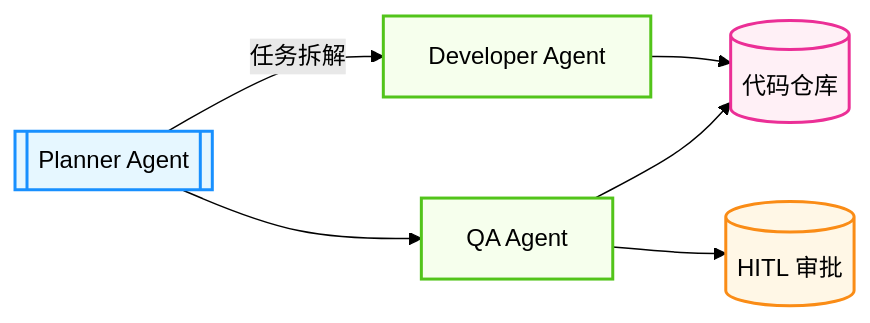
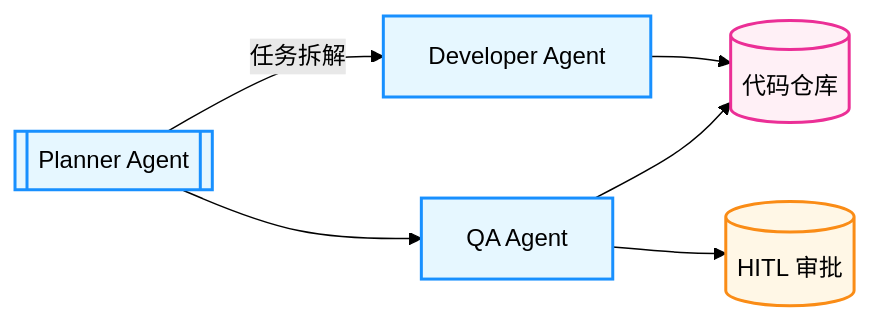
Before and after one commit to yeasy/agentic_ai_guide: the diagram in 12_appendix/12.4_case_templates.md, drawn with Mermaid (forest theme). The commit also changed other lines of this file and 3 other files, not shown here.

````diff
--- a/12_appendix/12.4_case_templates.md
+++ b/12_appendix/12.4_case_templates.md
@@ -33,18 +33,18 @@
 ```mermaid
 flowchart LR
     classDef agent fill:#e6f7ff,stroke:#1890ff,stroke-width:2px;
     classDef tool fill:#f6ffed,stroke:#52c41a,stroke-width:2px;
     classDef user fill:#fff7e6,stroke:#fa8c16,stroke-width:2px;
     classDef memory fill:#fff0f6,stroke:#eb2f96,stroke-width:2px;
 
     Planner[[Planner Agent]] -->|任务拆解| Dev[Developer Agent]
     Planner --> QA[QA Agent]
     Dev --> Repo[(代码仓库)]
     QA --> Repo
     QA --> Human[(HITL 审批)]
 
     class Planner agent;
-    class Dev,QA tool;
+    class Dev,QA agent;
     class Repo memory;
     class Human user;
 ```
````
